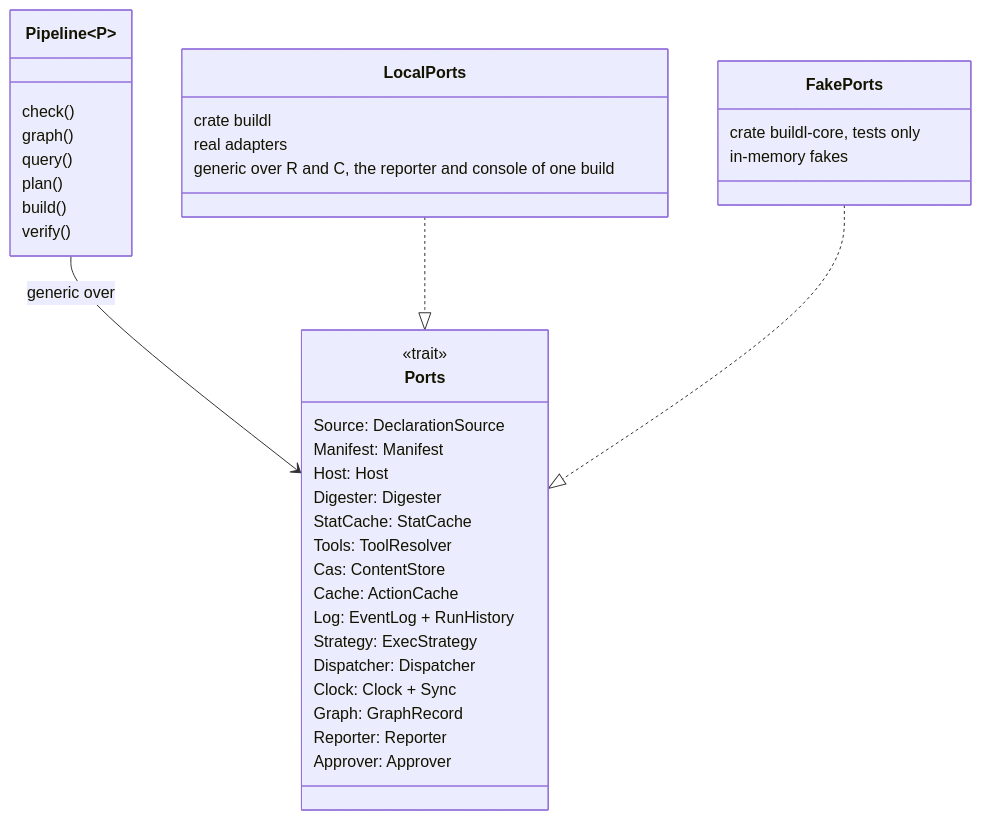
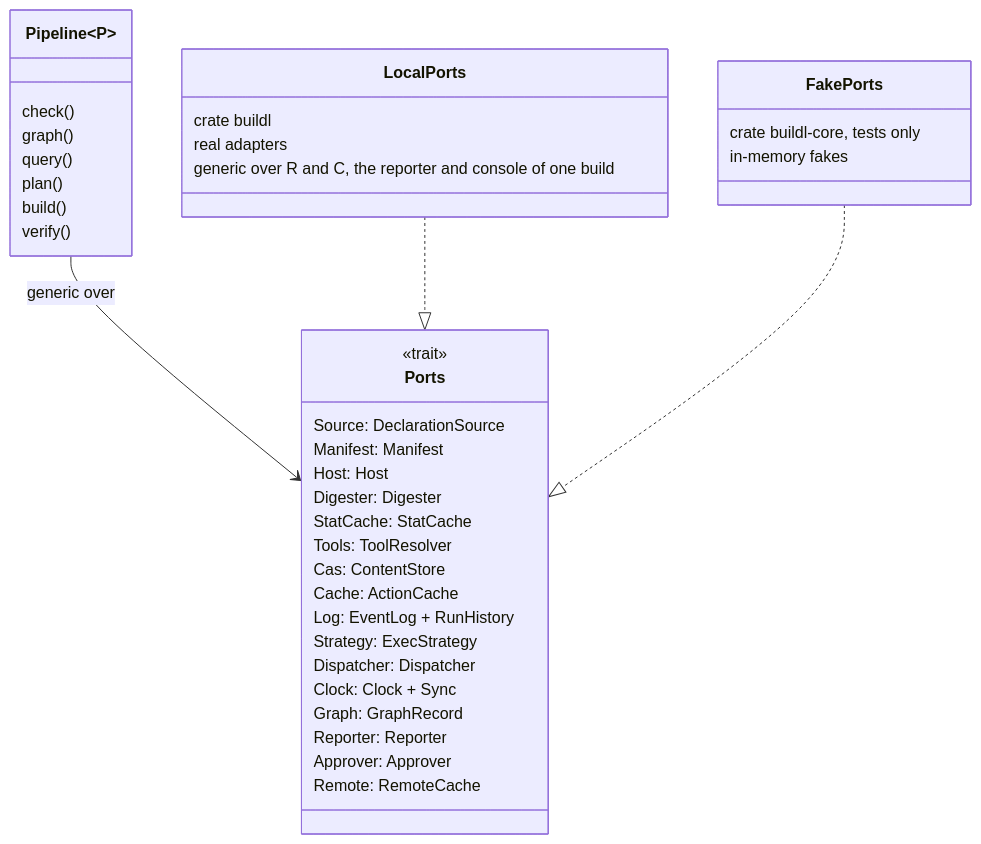
The fifth of 7 diagrams in docs/architecture-building-blocks.md (airsstack/buildl), drawn with Mermaid before and after one commit. The commit also changed other lines of this file and 134 other files, not shown here.

First line of the commit message:
feat(repo): remote cache via REAPI (#17)

````diff
--- a/docs/architecture-building-blocks.md
+++ b/docs/architecture-building-blocks.md
@@ -399,42 +433,43 @@
 ```mermaid
 %% C4 level 4 — the Ports bundle and its two implementations
 classDiagram
     class Pipeline~P~ {
         check()
         graph()
         query()
         plan()
         build()
         verify()
     }
     class Ports {
         <<trait>>
         Source: DeclarationSource
         Manifest: Manifest
         Host: Host
         Digester: Digester
         StatCache: StatCache
         Tools: ToolResolver
         Cas: ContentStore
         Cache: ActionCache
         Log: EventLog + RunHistory
         Strategy: ExecStrategy
         Dispatcher: Dispatcher
         Clock: Clock + Sync
         Graph: GraphRecord
         Reporter: Reporter
         Approver: Approver
+        Remote: RemoteCache
     }
     class LocalPorts {
         crate buildl
         real adapters
         generic over R and C, the reporter and console of one build
     }
     class FakePorts {
         crate buildl-core, tests only
         in-memory fakes
     }
     Pipeline --> Ports : generic over
     LocalPorts ..|> Ports
     FakePorts ..|> Ports
 ```
````
